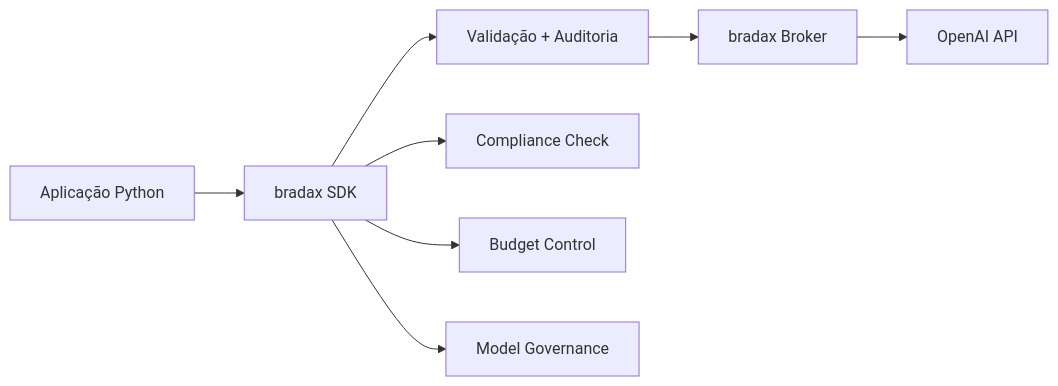
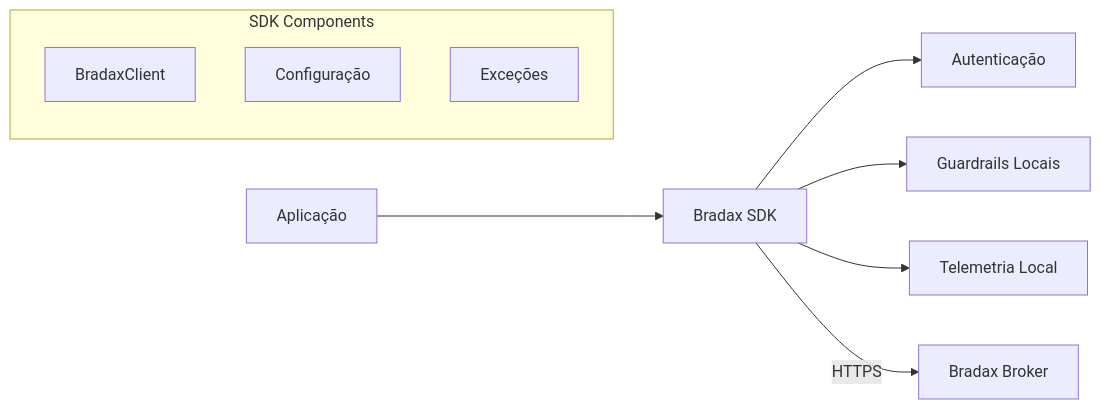
The diagram in bradax-sdk/README.md (jowpereira/bradax), drawn with Mermaid before and after one commit. The commit also changed other lines of this file and 40 other files, not shown here.

````diff
--- a/bradax-sdk/README.md
+++ b/bradax-sdk/README.md
@@ -89,11 +9,14 @@
 ```mermaid
 graph LR
-    A[Aplicação Python] --> B[bradax SDK]
-    B --> C[Validação + Auditoria]
-    C --> D[bradax Broker]
-    D --> E[OpenAI API]
+    APP[Aplicação] --> SDK[Bradax SDK]
+    SDK --> AUTH[Autenticação]
+    SDK --> GUARD[Guardrails Locais]
+    SDK --> TELEM[Telemetria Local]
+    SDK -->|HTTPS| BROKER[Bradax Broker]
     
-    B --> F[Compliance Check]
-    B --> G[Budget Control]
-    B --> H[Model Governance]
+    subgraph "SDK Components"
+        CLIENT[BradaxClient]
+        CONFIG[Configuração]
+        EXCEPT[Exceções]
+    end
 ```
````
